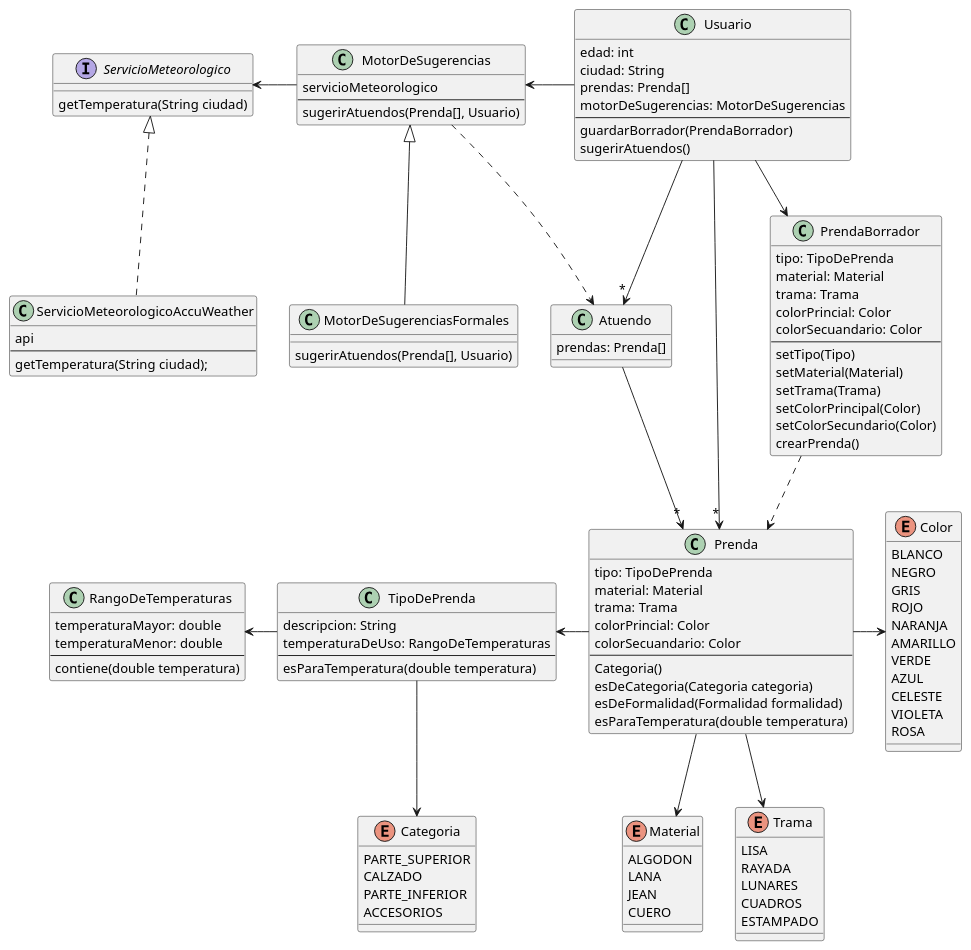
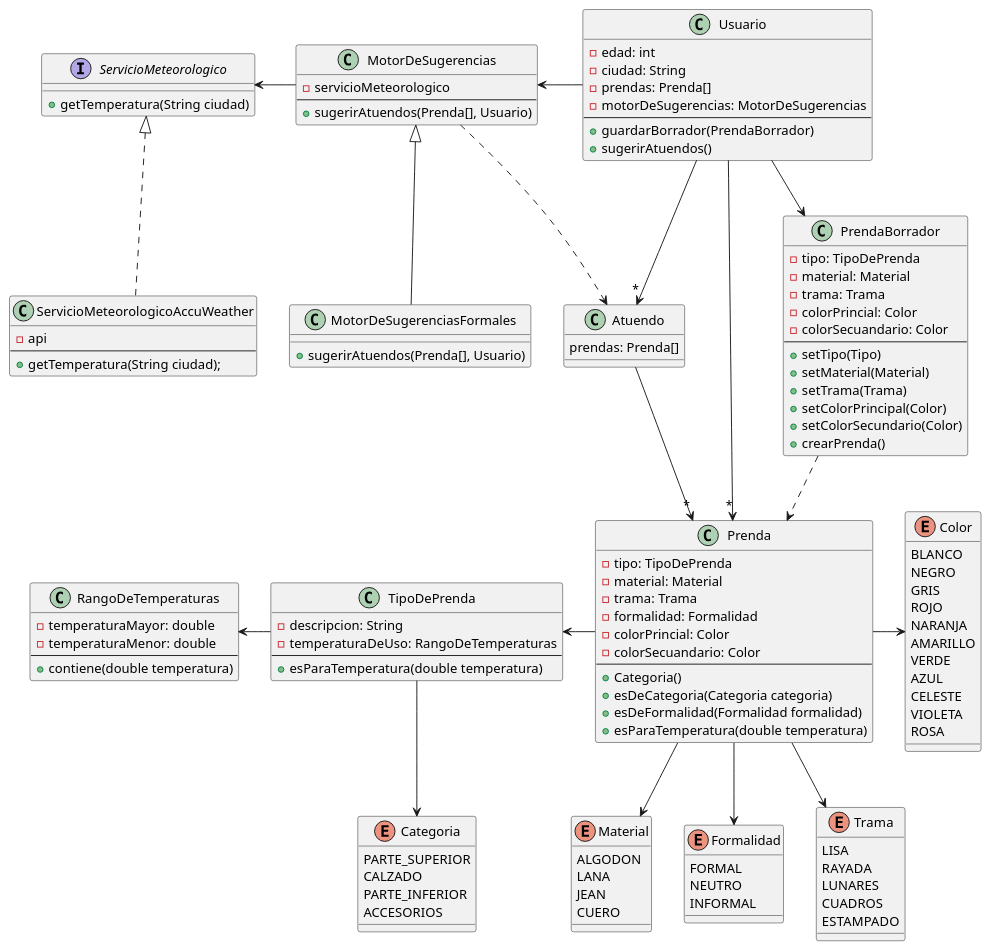
The diagram in src/Diagrama-Entidades.puml (lrizzitano/tp-que-me-pongo), drawn with PlantUML before and after one commit. The commit also changed 22 other files, not shown here.

```diff
--- a/src/Diagrama-Entidades.puml
+++ b/src/Diagrama-Entidades.puml
@@ -1,140 +1,148 @@
 @startuml
 
 class Usuario {
-    edad: int
-    ciudad: String
-    prendas: Prenda[]
-    motorDeSugerencias: MotorDeSugerencias
+    - edad: int
+    - ciudad: String
+    - prendas: Prenda[]
+    - motorDeSugerencias: MotorDeSugerencias
     --
-    guardarBorrador(PrendaBorrador)
-    sugerirAtuendos()
+    + guardarBorrador(PrendaBorrador)
+    + sugerirAtuendos()
 }
 
 class Atuendo {
     prendas: Prenda[]
 }
 
 class Prenda {
-    tipo: TipoDePrenda
-    material: Material
-    trama: Trama
-    colorPrincial: Color
-    colorSecuandario: Color
+    - tipo: TipoDePrenda
+    - material: Material
+    - trama: Trama
+    - formalidad: Formalidad
+    - colorPrincial: Color
+    - colorSecuandario: Color
     --
-    Categoria()
-    esDeCategoria(Categoria categoria)
-    esDeFormalidad(Formalidad formalidad)
-    esParaTemperatura(double temperatura)
+    + Categoria()
+    + esDeCategoria(Categoria categoria)
+    + esDeFormalidad(Formalidad formalidad)
+    + esParaTemperatura(double temperatura)
 }
 
 class PrendaBorrador {
-    tipo: TipoDePrenda
-    material: Material
-    trama: Trama
-    colorPrincial: Color
-    colorSecuandario: Color
+    - tipo: TipoDePrenda
+    - material: Material
+    - trama: Trama
+    - colorPrincial: Color
+    - colorSecuandario: Color
     --
-    setTipo(Tipo)
-    setMaterial(Material)
-    setTrama(Trama)
-    setColorPrincipal(Color)
-    setColorSecundario(Color)
-    crearPrenda()
+    + setTipo(Tipo)
+    + setMaterial(Material)
+    + setTrama(Trama)
+    + setColorPrincipal(Color)
+    + setColorSecundario(Color)
+    + crearPrenda()
 }
 
 class TipoDePrenda {
-    descripcion: String
-    temperaturaDeUso: RangoDeTemperaturas
+    - descripcion: String
+    - temperaturaDeUso: RangoDeTemperaturas
     --
-    esParaTemperatura(double temperatura)
+    + esParaTemperatura(double temperatura)
 }
 
 class MotorDeSugerencias {
-    servicioMeteorologico
+    - servicioMeteorologico
     --
-    sugerirAtuendos(Prenda[], Usuario)
+    + sugerirAtuendos(Prenda[], Usuario)
 }
 
 class MotorDeSugerenciasFormales {
-    sugerirAtuendos(Prenda[], Usuario)
+    + sugerirAtuendos(Prenda[], Usuario)
 }
 
 class RangoDeTemperaturas {
-    temperaturaMayor: double
-    temperaturaMenor: double
+    - temperaturaMayor: double
+    - temperaturaMenor: double
     --
-    contiene(double temperatura)
+    + contiene(double temperatura)
 }
 
 interface ServicioMeteorologico {
-    getTemperatura(String ciudad)
+    + getTemperatura(String ciudad)
 }
 
 class ServicioMeteorologicoAccuWeather {
-    api
+    - api
     --
-    getTemperatura(String ciudad);
+    + getTemperatura(String ciudad);
 }
 
 enum Trama {
     LISA
     RAYADA
     LUNARES
     CUADROS
     ESTAMPADO
 }
 
 enum Color {
     BLANCO
     NEGRO
     GRIS
     ROJO
     NARANJA
     AMARILLO
     VERDE
     AZUL
     CELESTE
     VIOLETA
     ROSA
 }
 
 enum Categoria {
     PARTE_SUPERIOR
     CALZADO
     PARTE_INFERIOR
     ACCESORIOS
 }
 
 enum Material {
     ALGODON
     LANA
     JEAN
     CUERO
 }
 
+enum Formalidad {
+    FORMAL
+    NEUTRO
+    INFORMAL
+}
+
 Atuendo -->"*" Prenda
 Atuendo -[hidden]r- PrendaBorrador
 
 Usuario -->"*" Prenda
 Usuario --> PrendaBorrador
 Usuario -->"*" Atuendo
 Usuario -l-> MotorDeSugerencias
 
 PrendaBorrador ..> Prenda
 
 Prenda -l-> TipoDePrenda
+Prenda --> Material
 Prenda --> Trama
+Prenda --> Formalidad
 Prenda -> Color
-Prenda --> Material
 
 TipoDePrenda --> Categoria
 TipoDePrenda -l-> RangoDeTemperaturas
 
 MotorDeSugerencias .r.> Atuendo
 MotorDeSugerencias -l-> ServicioMeteorologico
 
 MotorDeSugerenciasFormales -u-|> MotorDeSugerencias
 
 ServicioMeteorologicoAccuWeather .u.|> ServicioMeteorologico
 
 @enduml
```
